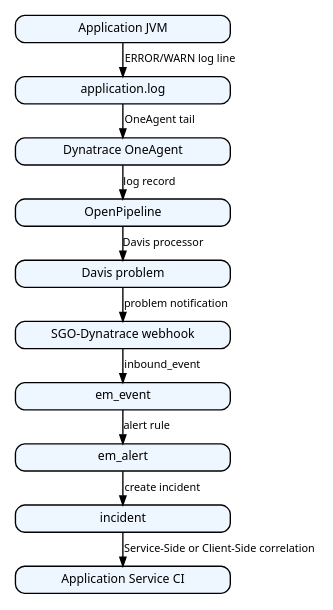
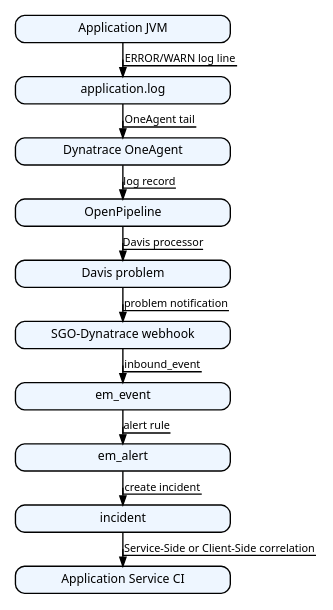
One commit to gxbrooks/spark-observability changed the first of 5 diagrams in servicenow/docs/Problem_to_Incident/Problem_to_Incident.adoc. Above: the diagram before and after it, drawn with Graphviz. The commit also changed other lines of this file and 14 other files, not shown here.

First line of the commit message:
Polish Problem to Incident doc typography, diagrams, and export pipeline.

```diff
--- a/servicenow/docs/Problem_to_Incident/Problem_to_Incident.adoc
+++ b/servicenow/docs/Problem_to_Incident/Problem_to_Incident.adoc
@@ -109,29 +109,29 @@
 [graphviz, Log_to_Incident_end-to-end_data_flow]
 ----
 digraph end_to_end_flow {
   graph [rankdir=TB splines=line nodesep=0.14 ranksep=0.20 fontname="Noto Sans" fontsize=10]
   node [shape=box style="rounded,filled" fillcolor="#eef6ff" fontname="Noto Sans" fontsize=9 width=2.2 fixedsize=true height=0.28]
-  edge [fontname="Noto Sans" fontsize=8 labelangle=0 labeldistance=2.0 arrowsize=0.65]
+  edge [fontname="Noto Sans" fontsize=8 decorate=true labelangle=0 labeldistance=2.8 arrowsize=0.65]
 
   App [label="Application JVM"]
   Log [label="application.log"]
   OA [label="Dynatrace OneAgent"]
   OP [label="OpenPipeline"]
   Davis [label="Davis problem"]
   WH [label="SGO-Dynatrace webhook"]
   EV [label="em_event"]
   AL [label="em_alert"]
   INC [label="incident"]
   AS [label="Application Service CI"]
 
   App -> Log [label="ERROR/WARN log line"]
   Log -> OA [label="OneAgent tail"]
   OA -> OP [label="log record"]
   OP -> Davis [label="Davis processor"]
   Davis -> WH [label="problem notification"]
   WH -> EV [label="inbound_event"]
   EV -> AL [label="alert rule"]
   AL -> INC [label="create incident"]
   INC -> AS [label="Service-Side or Client-Side correlation"]
 }
 ----
```
